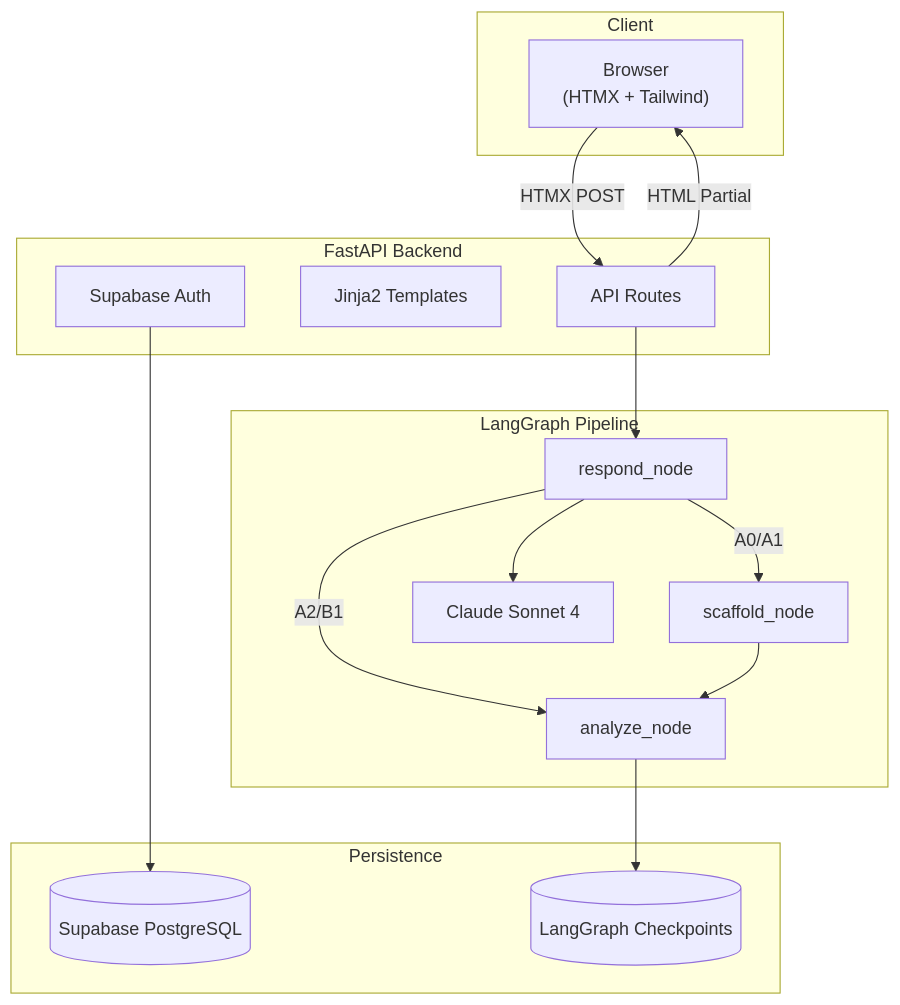
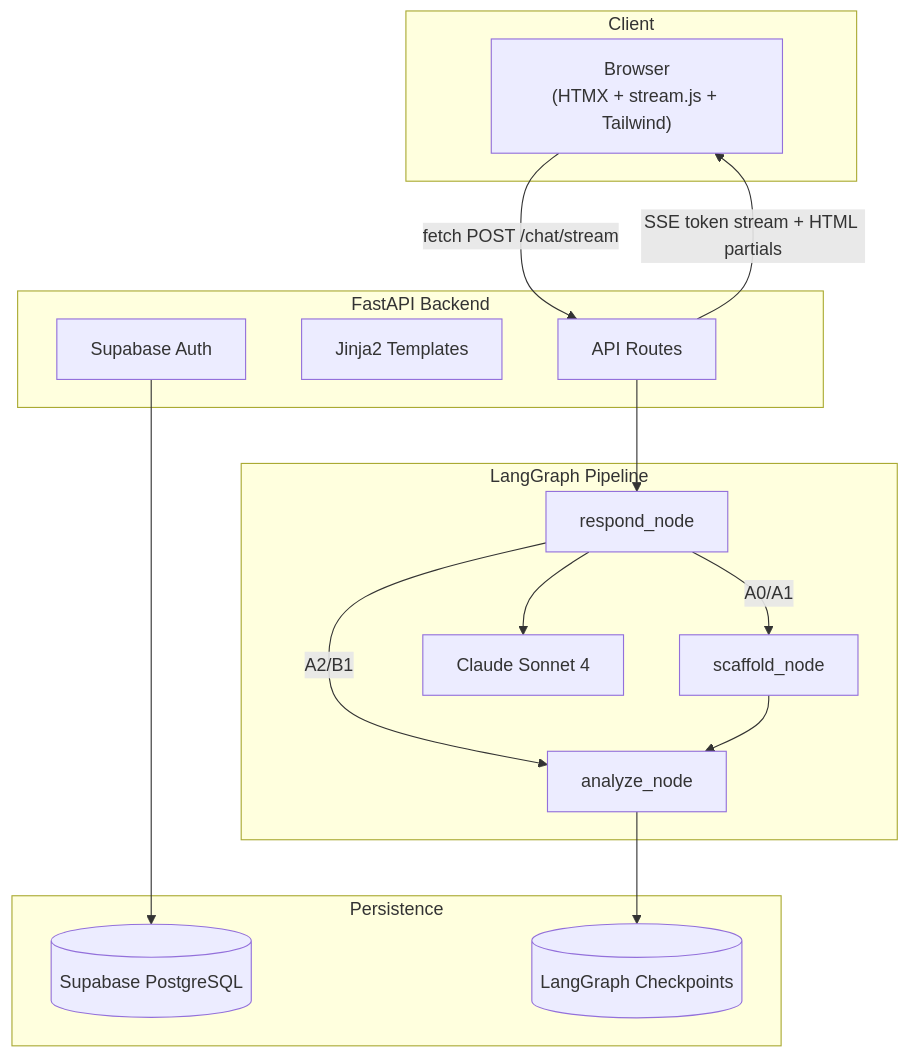
Before and after one commit to darth-dodo/habla-hermano: the second of 4 diagrams in docs/codebase-summary.md, drawn with Mermaid. The commit also changed other lines of this file and 4 other files, not shown here.

````diff
--- a/docs/codebase-summary.md
+++ b/docs/codebase-summary.md
@@ -83,34 +83,34 @@
 ```mermaid
 flowchart TB
     subgraph Client
-        Browser["Browser<br/>(HTMX + Tailwind)"]
+        Browser["Browser<br/>(HTMX + stream.js + Tailwind)"]
     end
 
     subgraph Server["FastAPI Backend"]
         API[API Routes]
         Templates[Jinja2 Templates]
         Auth[Supabase Auth]
     end
 
     subgraph Pipeline["LangGraph Pipeline"]
         Respond[respond_node]
         Scaffold[scaffold_node]
         Analyze[analyze_node]
         Claude["Claude Sonnet 4"]
     end
 
     subgraph Storage["Persistence"]
         Supabase[(Supabase PostgreSQL)]
         Checkpoint[(LangGraph Checkpoints)]
     end
 
-    Browser -->|HTMX POST| API
-    API -->|HTML Partial| Browser
+    Browser -->|fetch POST /chat/stream| API
+    API -->|SSE token stream + HTML partials| Browser
     API --> Respond
     Respond --> Claude
     Respond -->|A0/A1| Scaffold
     Respond -->|A2/B1| Analyze
     Scaffold --> Analyze
     Analyze --> Checkpoint
     Auth --> Supabase
 ```
````
